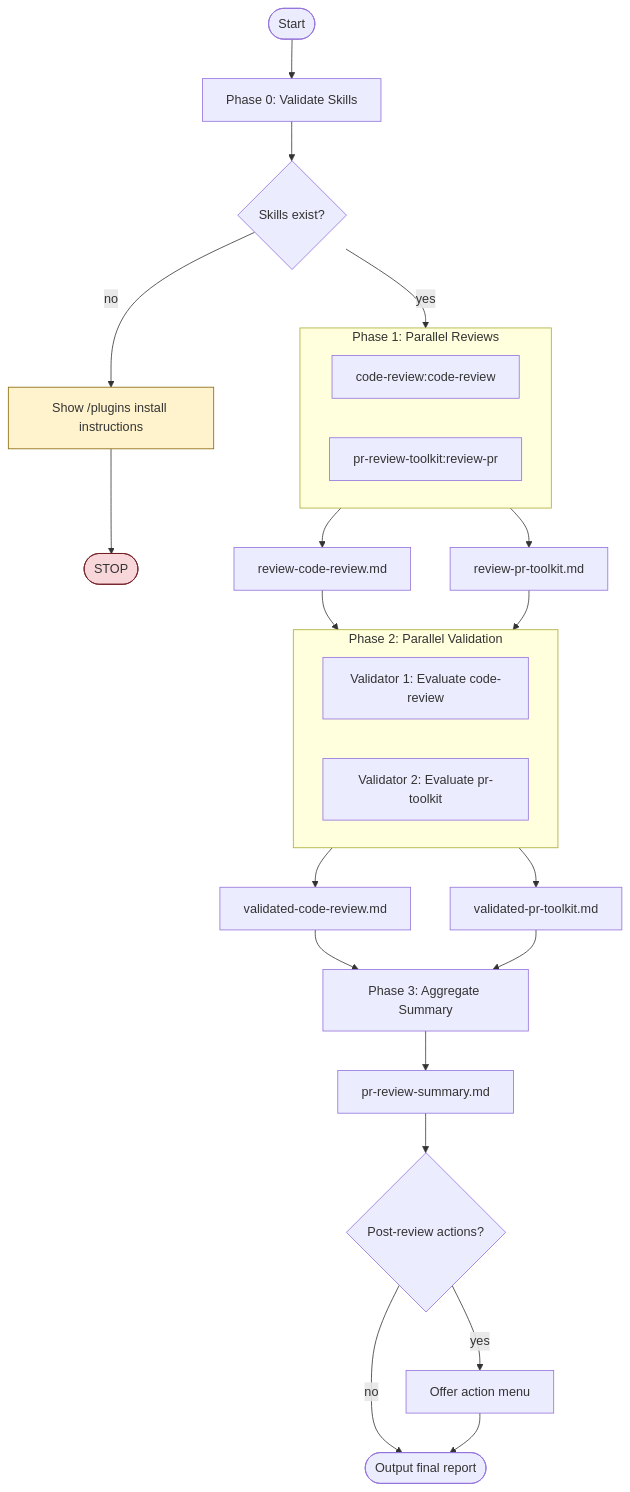
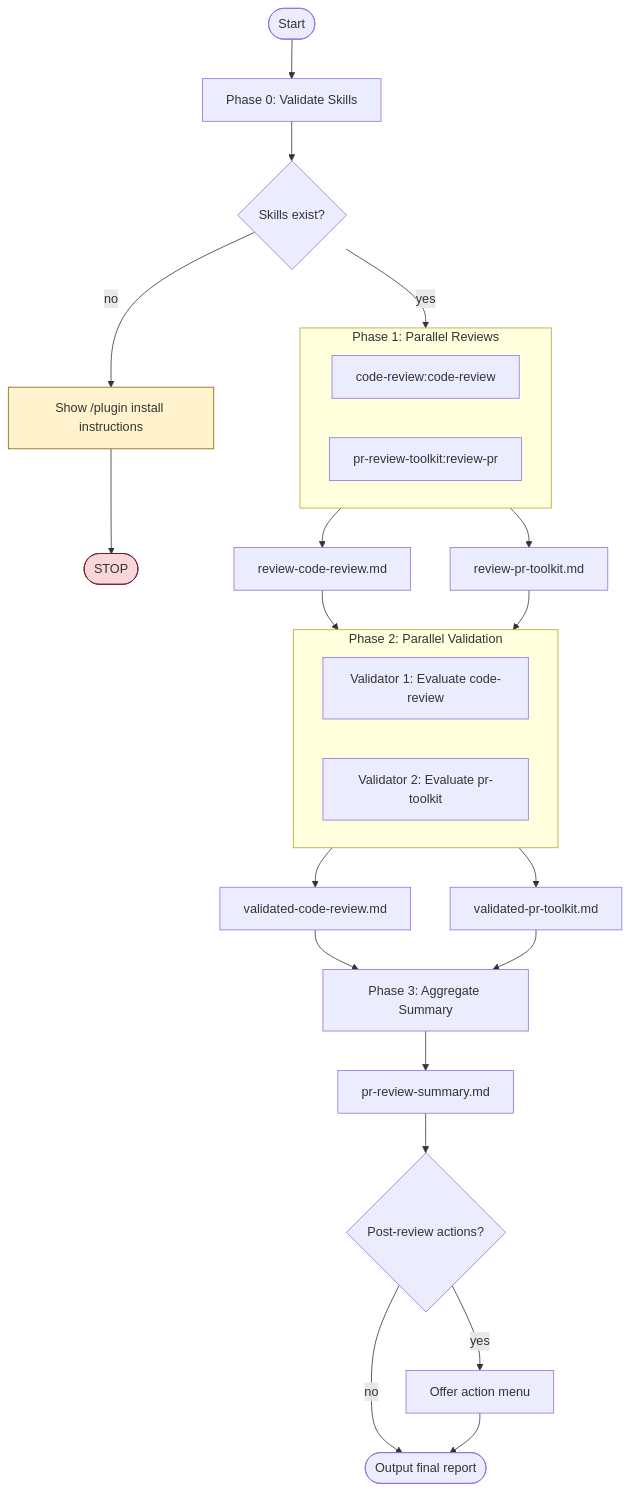
One commit to gchiam/claude-code-plugins changed the diagram in skills/parallel-pr-review/SKILL.md. Above: the diagram before and after it, drawn with Mermaid. The commit also changed other lines of this file and 2 other files, not shown here.

First line of the commit message:
Add marketplace.json and fix plugin command syntax

````diff
--- a/skills/parallel-pr-review/SKILL.md
+++ b/skills/parallel-pr-review/SKILL.md
@@ -16,47 +16,47 @@
 ```mermaid
 flowchart TB
     Start([Start])
     Phase0[Phase 0: Validate Skills]
     SkillsExist{Skills exist?}
-    ShowInstall[Show /plugins install instructions]:::warning
+    ShowInstall[Show /plugin install instructions]:::warning
     Stop([STOP]):::error
     Output([Output final report])
 
     Start --> Phase0
     Phase0 --> SkillsExist
     SkillsExist -->|no| ShowInstall
     ShowInstall --> Stop
     SkillsExist -->|yes| Phase1
 
     subgraph Phase1[Phase 1: Parallel Reviews]
         direction LR
         R1[code-review:code-review]
         R2[pr-review-toolkit:review-pr]
     end
 
     Phase1 --> Save1[review-code-review.md]
     Phase1 --> Save2[review-pr-toolkit.md]
     Save1 --> Phase2
     Save2 --> Phase2
 
     subgraph Phase2[Phase 2: Parallel Validation]
         direction LR
         V1[Validator 1: Evaluate code-review]
         V2[Validator 2: Evaluate pr-toolkit]
     end
 
     Phase2 --> VSave1[validated-code-review.md]
     Phase2 --> VSave2[validated-pr-toolkit.md]
     VSave1 --> Phase3
     VSave2 --> Phase3
 
     Phase3[Phase 3: Aggregate Summary]
     Phase3 --> Summary[pr-review-summary.md]
     Summary --> PostActions{Post-review actions?}
     PostActions -->|yes| Actions[Offer action menu]
     PostActions -->|no| Output
     Actions --> Output
 
     classDef warning fill:#fff3cd,stroke:#856404
     classDef error fill:#f8d7da,stroke:#721c24
 ```
````
